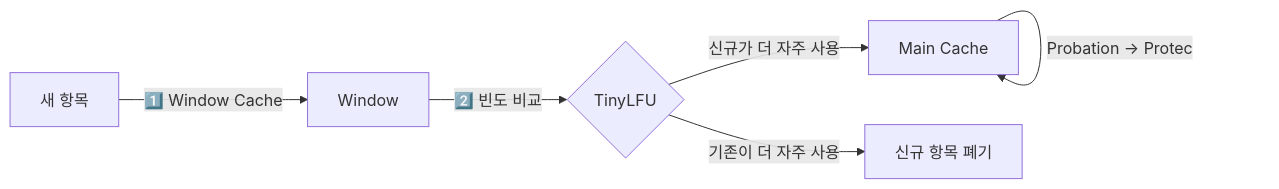
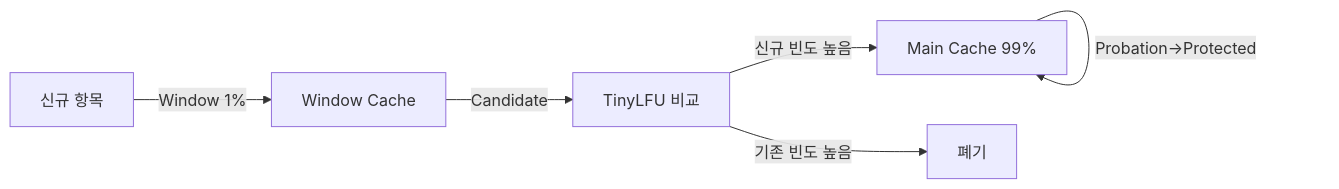
One commit to yjkim2015/yjkim2015.github.io changed the third of 8 diagrams in _posts/caching/2026-05-03-multi-layer-caching.md. Above: the diagram before and after it, drawn with Mermaid. The commit also changed other lines of this file and 4 other files, not shown here.

````diff
--- a/_posts/caching/2026-05-03-multi-layer-caching.md
+++ b/_posts/caching/2026-05-03-multi-layer-caching.md
@@ -78,8 +83,8 @@
 ```mermaid
 graph LR
-    New["새 항목"] -->|"1️⃣ Window Cache\n"| WC["Window"]
-    WC -->|"2️⃣ 빈도 비교"| Filter{"TinyLFU"}
-    Filter -->|"신규가 더 자주 사용"| Main["Main Cache"]
-    Filter -->|"기존이 더 자주 사용"| Evict["신규 항목 폐기"]
-    Main -->|"Probation → Protec"| Main
+    NEW["신규 항목"] -->|"Window 1%"| WIN["Window Cache"]
+    WIN -->|"Candidate"| TLF["TinyLFU 비교"]
+    TLF -->|"신규 빈도 높음"| MAIN["Main Cache 99%"]
+    TLF -->|"기존 빈도 높음"| DROP["폐기"]
+    MAIN -->|"Probation→Protected"| MAIN
 ```
````
